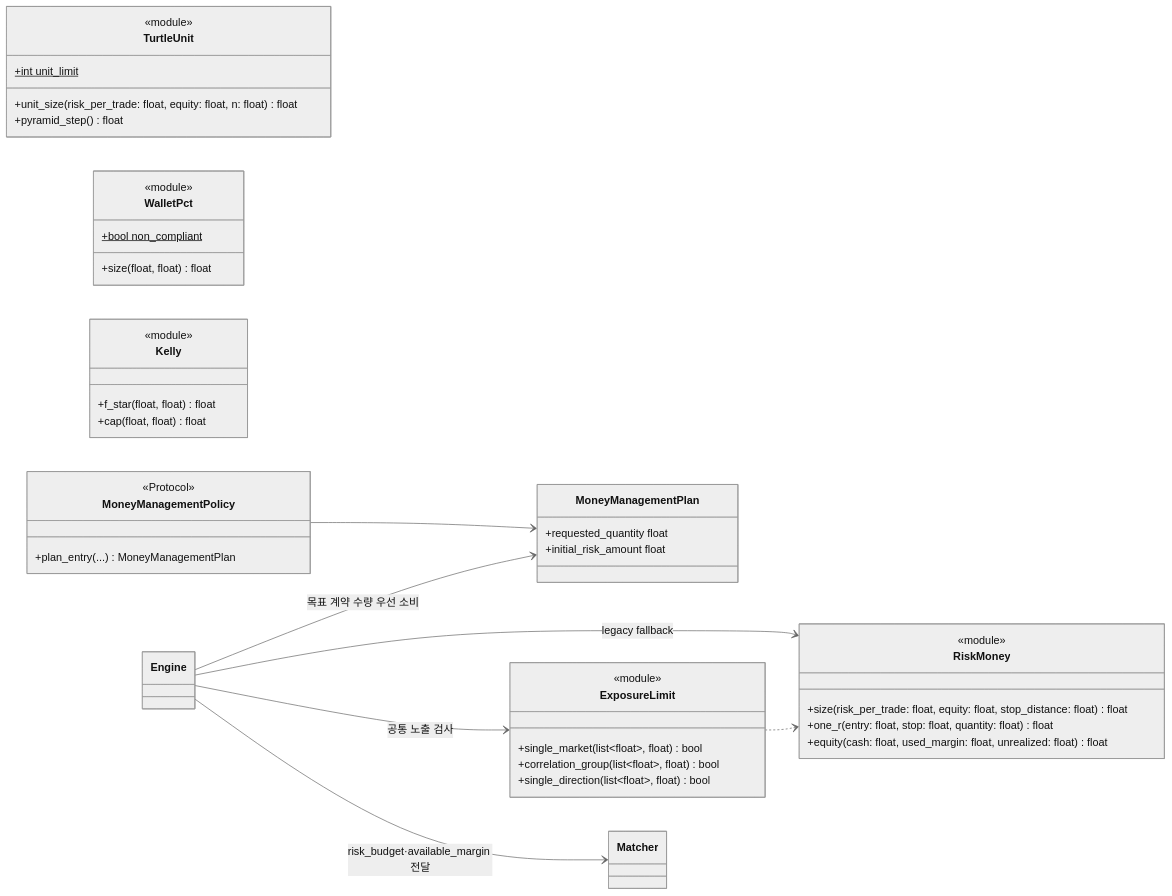
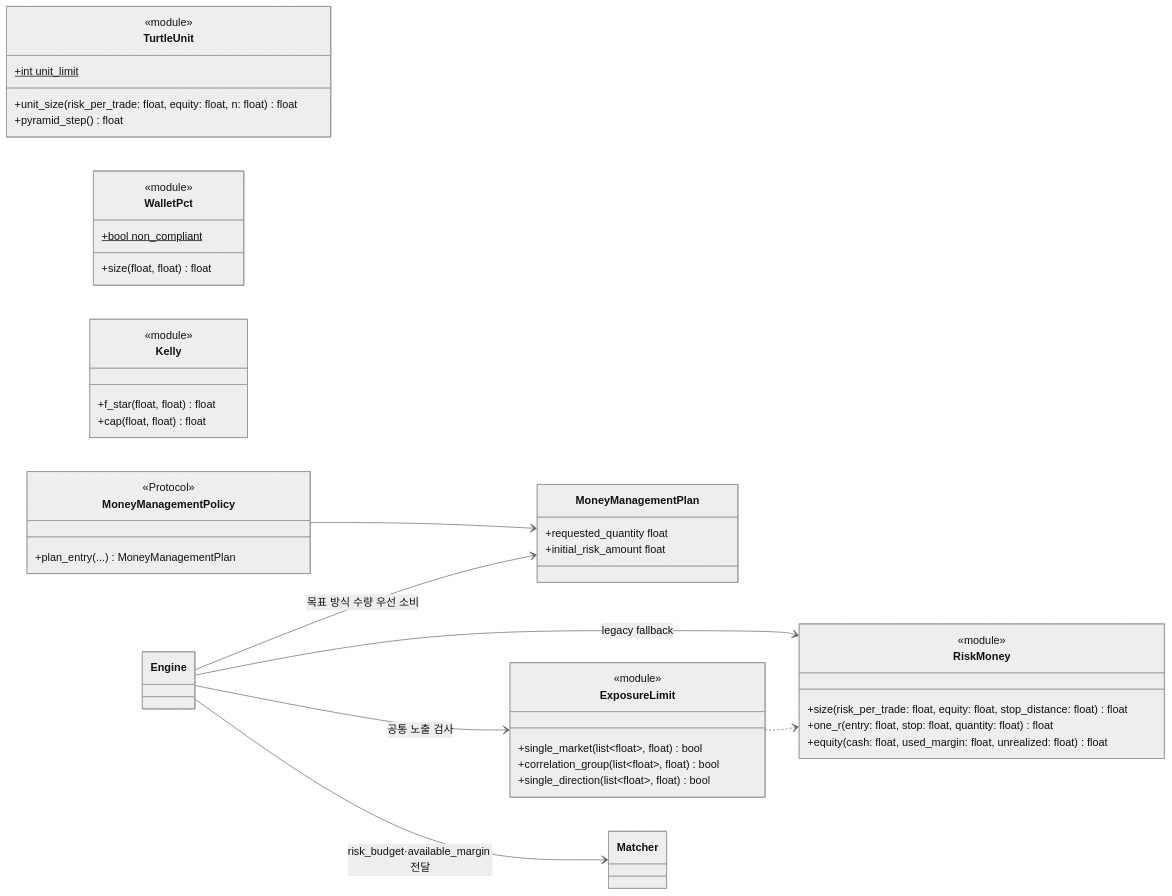
Before and after one commit to vessel35/trading-system-v2: diagram 23 of 38 in docs/fullspec/backtest_v2_detailed_design.md, drawn with Mermaid (neutral theme). The commit also changed other lines of this file and 21 other files, not shown here.

````diff
--- a/docs/fullspec/backtest_v2_detailed_design.md
+++ b/docs/fullspec/backtest_v2_detailed_design.md
@@ -2883,48 +2883,48 @@
 ```mermaid
 classDiagram
     direction LR
     class RiskMoney {
         <<module>>
         +size(risk_per_trade: float, equity: float, stop_distance: float) float
         +one_r(entry: float, stop: float, quantity: float) float
         +equity(cash: float, used_margin: float, unrealized: float) float
     }
     class TurtleUnit {
         <<module>>
         +unit_size(risk_per_trade: float, equity: float, n: float) float
         +pyramid_step() float
         +int unit_limit$
     }
     class WalletPct {
         <<module>>
         +size(float, float) float
         +bool non_compliant$
     }
     class Kelly {
         <<module>>
         +f_star(float, float) float
         +cap(float, float) float
     }
     ExposureLimit ..> RiskMoney
     class ExposureLimit {
         <<module>>
         +single_market(list~float~, float) bool
         +correlation_group(list~float~, float) bool
         +single_direction(list~float~, float) bool
     }
     class MoneyManagementPolicy {
         <<Protocol>>
         +plan_entry(...) MoneyManagementPlan
     }
     class MoneyManagementPlan {
         +requested_quantity float
         +initial_risk_amount float
     }
     class Engine
     class Matcher
     MoneyManagementPolicy --> MoneyManagementPlan
-    Engine --> MoneyManagementPlan : 목표 계약 수량 우선 소비
+    Engine --> MoneyManagementPlan : 목표 방식 수량 우선 소비
     Engine --> RiskMoney : legacy fallback
     Engine --> ExposureLimit : 공통 노출 검사
     Engine --> Matcher : risk_budget·available_margin 전달
 ```
````
